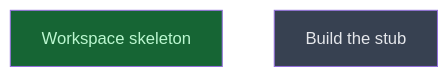
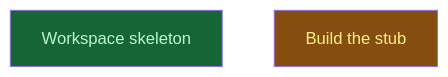
One commit to CrackingShells/cracking-shells-playbook changed the diagram in __roadmap__/m0-feasibility-spike/README.md. Above: the diagram before and after it, drawn with Mermaid. The commit also changed other lines of this file and 1 other file, not shown here.

Commit message:
chore(roadmap): start the m0 build level

````diff
--- a/__roadmap__/m0-feasibility-spike/README.md
+++ b/__roadmap__/m0-feasibility-spike/README.md
@@ -50,10 +50,10 @@
 ```mermaid
 graph TD
     workspace_skeleton[Workspace skeleton]:::done
-    build[Build the stub]:::planned
+    build[Build the stub]:::inprogress
     classDef done       fill:#166534,color:#bbf7d0
     classDef inprogress fill:#854d0e,color:#fef08a
     classDef planned    fill:#374151,color:#e5e7eb
     classDef amendment  fill:#1e3a5f,color:#bfdbfe
     classDef blocked    fill:#7f1d1d,color:#fecaca
 ```
````
